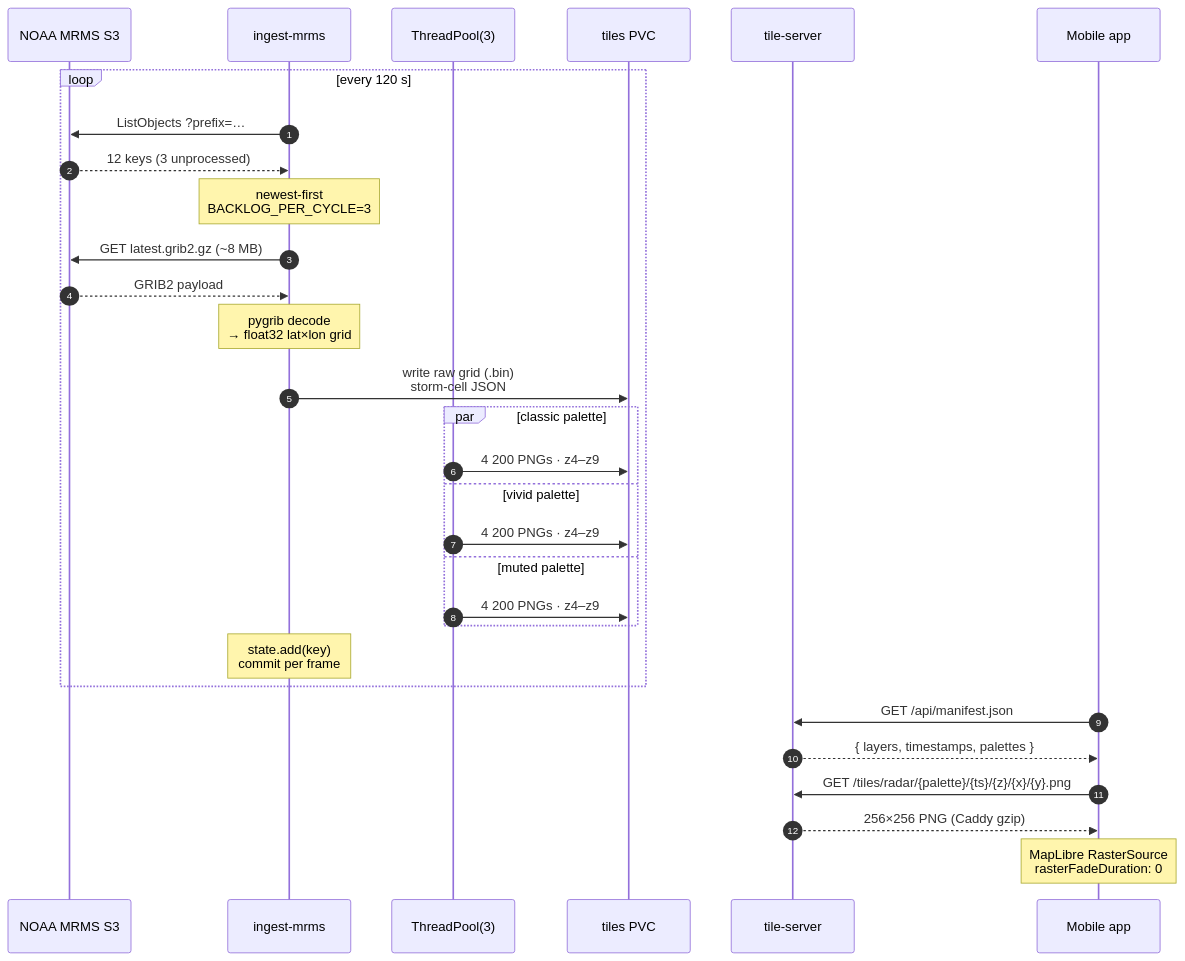
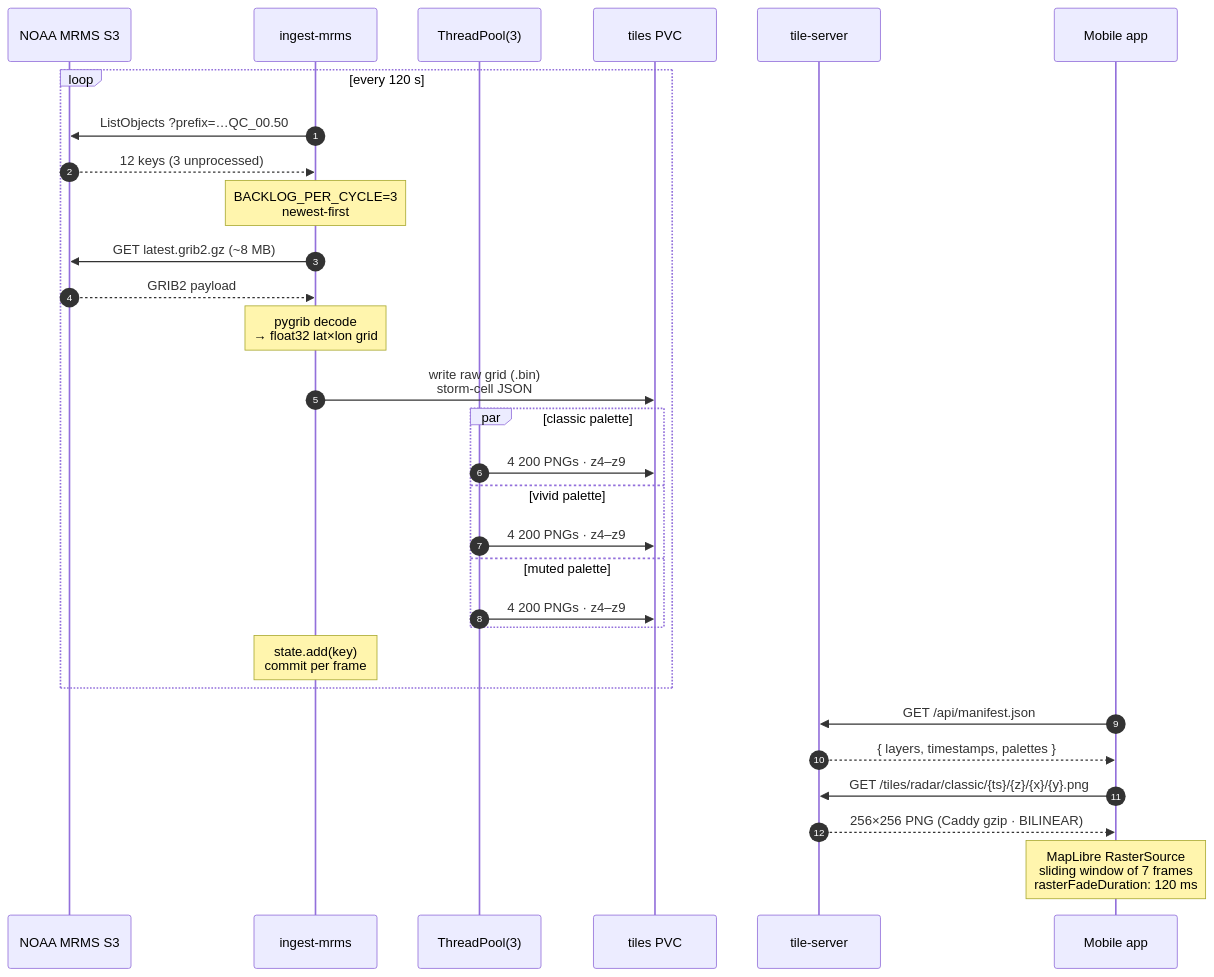
One commit to mitchross/radar-ng changed the second of 7 diagrams in README.md. Above: the diagram before and after it, drawn with Mermaid. The commit also changed other lines of this file, not shown here.

````diff
--- a/README.md
+++ b/README.md
@@ -122,36 +108,36 @@
 ```mermaid
 sequenceDiagram
     autonumber
     participant S3 as NOAA MRMS S3
     participant ING as ingest-mrms
     participant POOL as ThreadPool(3)
     participant FS as tiles PVC
     participant API as tile-server
     participant APP as Mobile app
 
     loop every 120 s
-        ING->>S3: ListObjects ?prefix=…
+        ING->>S3: ListObjects ?prefix=…QC_00.50
         S3-->>ING: 12 keys (3 unprocessed)
-        Note over ING: newest-first<br/>BACKLOG_PER_CYCLE=3
+        Note over ING: BACKLOG_PER_CYCLE=3<br/>newest-first
         ING->>S3: GET latest.grib2.gz (~8 MB)
         S3-->>ING: GRIB2 payload
         Note over ING: pygrib decode<br/>→ float32 lat×lon grid
         ING->>FS: write raw grid (.bin)<br/>storm-cell JSON
 
         par classic palette
             POOL->>FS: 4 200 PNGs · z4–z9
         and vivid palette
             POOL->>FS: 4 200 PNGs · z4–z9
         and muted palette
             POOL->>FS: 4 200 PNGs · z4–z9
         end
 
         Note over ING: state.add(key)<br/>commit per frame
     end
 
     APP->>API: GET /api/manifest.json
     API-->>APP: { layers, timestamps, palettes }
-    APP->>API: GET /tiles/radar/{palette}/{ts}/{z}/{x}/{y}.png
-    API-->>APP: 256×256 PNG (Caddy gzip)
-    Note over APP: MapLibre RasterSource<br/>rasterFadeDuration: 0
+    APP->>API: GET /tiles/radar/classic/{ts}/{z}/{x}/{y}.png
+    API-->>APP: 256×256 PNG (Caddy gzip · BILINEAR)
+    Note over APP: MapLibre RasterSource<br/>sliding window of 7 frames<br/>rasterFadeDuration: 120 ms
 ```
````
